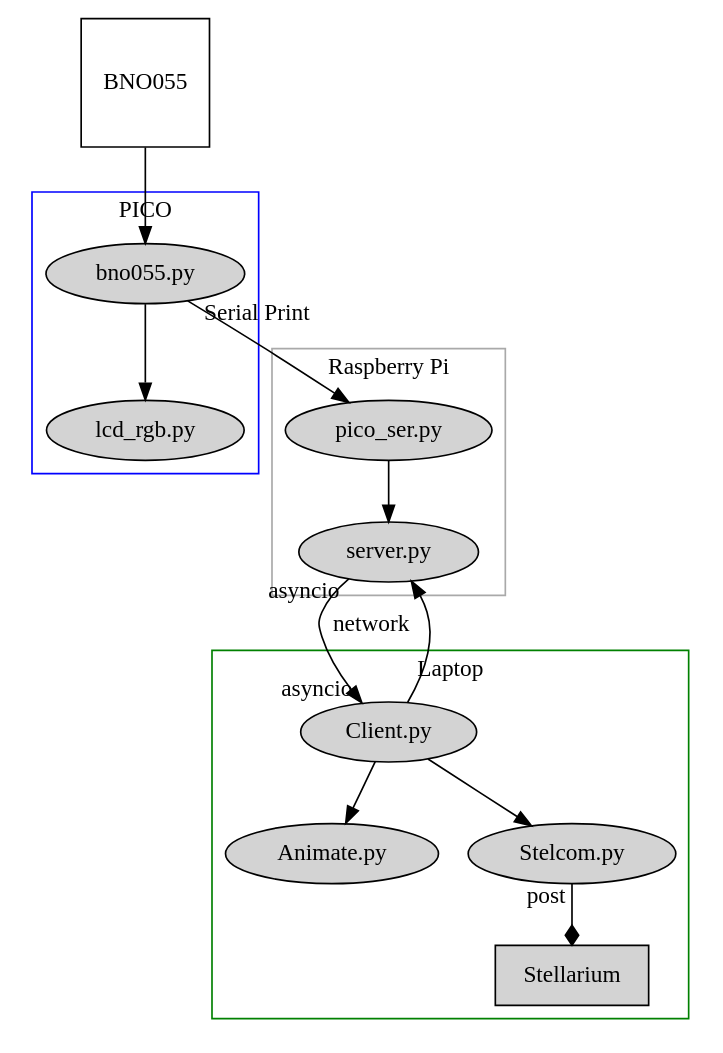
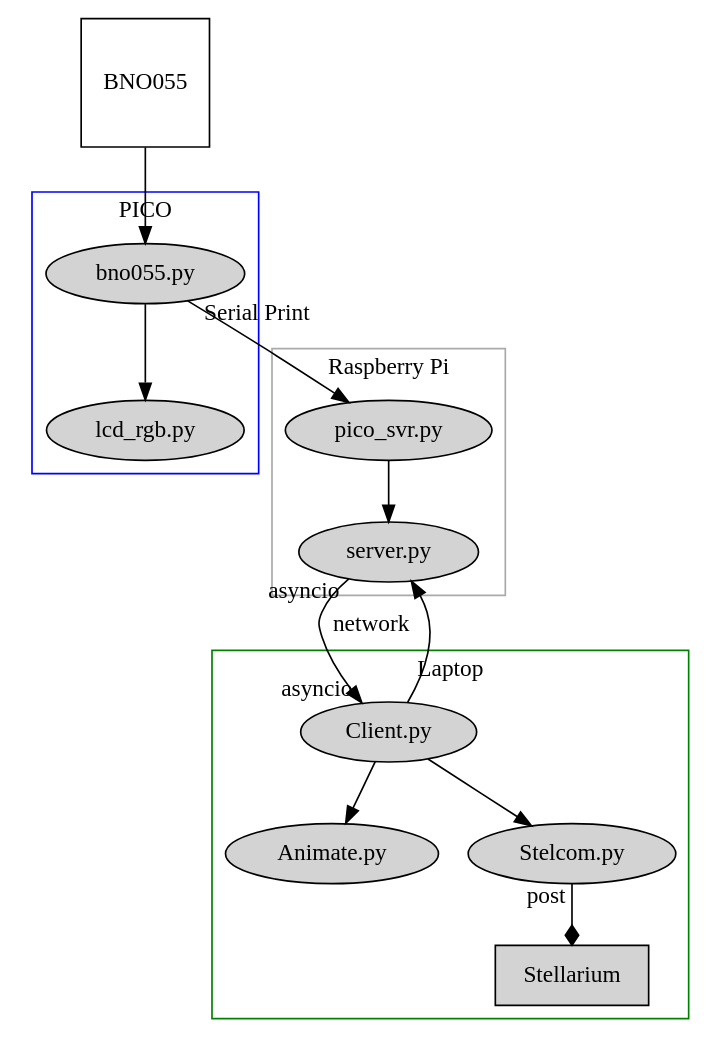
The diagram in docs/system_arch.dot (albioninnovate/sensors_telescope), drawn with Graphviz before and after one commit. The commit also changed 4 other files, not shown here.

Commit message:
updated steps diagram and ardunio arch diagram

```diff
--- a/docs/system_arch.dot
+++ b/docs/system_arch.dot
@@ -1,37 +1,37 @@
 
 digraph {
 	layout=dot
 	subgraph cluster_PICO {
 		color=blue;
 		node [style=filled];
 		"bno055.py" -> "lcd_rgb.py";
 		label = "PICO";
 		}
 
 	subgraph cluster_Rpi {
 		color=darkgrey;
 		node [style=filled];
-		"pico_ser.py" -> "server.py" ;
+		"pico_svr.py" -> "server.py" ;
 		label = "Raspberry Pi";
 		}
 
 	subgraph cluster_Laptop {
 		color=green;
 		node [style=filled];
 
 		"Client.py"->"Animate.py";
 		"Client.py"->"Stelcom.py";
 		"Stellarium";
 		label = "Laptop";
 		}
 
 	BNO055 -> "bno055.py"
 	BNO055 [shape=square]
 	"Client.py"->"server.py";
-	"bno055.py" -> "pico_ser.py" [taillabel = "Serial Print"]
+	"bno055.py" -> "pico_svr.py" [taillabel = "Serial Print"]
 	"server.py" ->"Client.py" [taillabel="asyncio", label = "network", headlabel = "asyncio" ]
 	"Stelcom.py"-> "Stellarium"[taillabel = "post", arrowhead = diamond]
 	"Stellarium" [shape=arrow];
 	rank = same; "server.py" ; "Client.py";
 
 }
```
